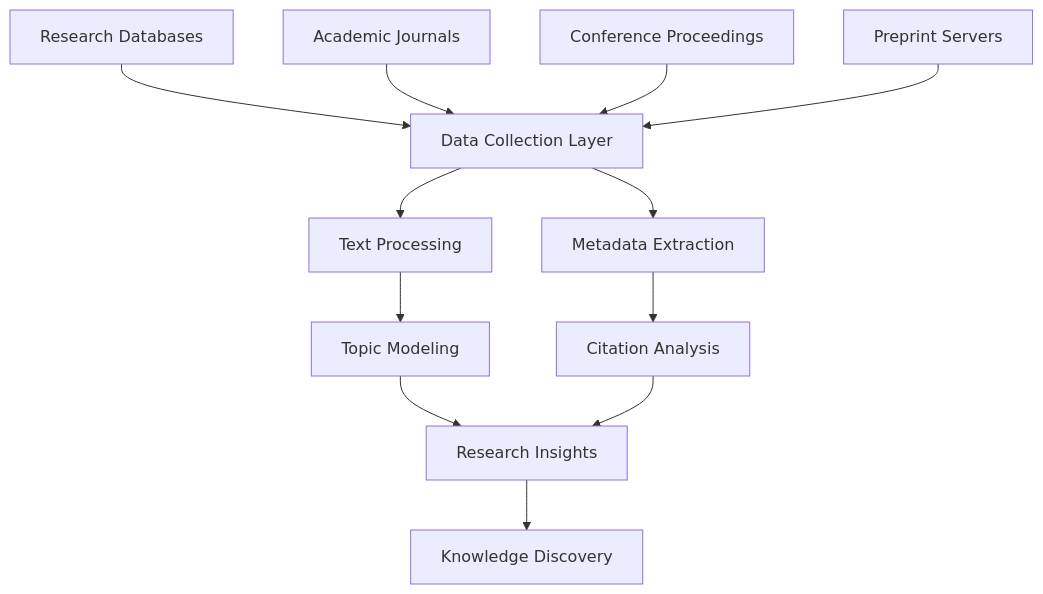
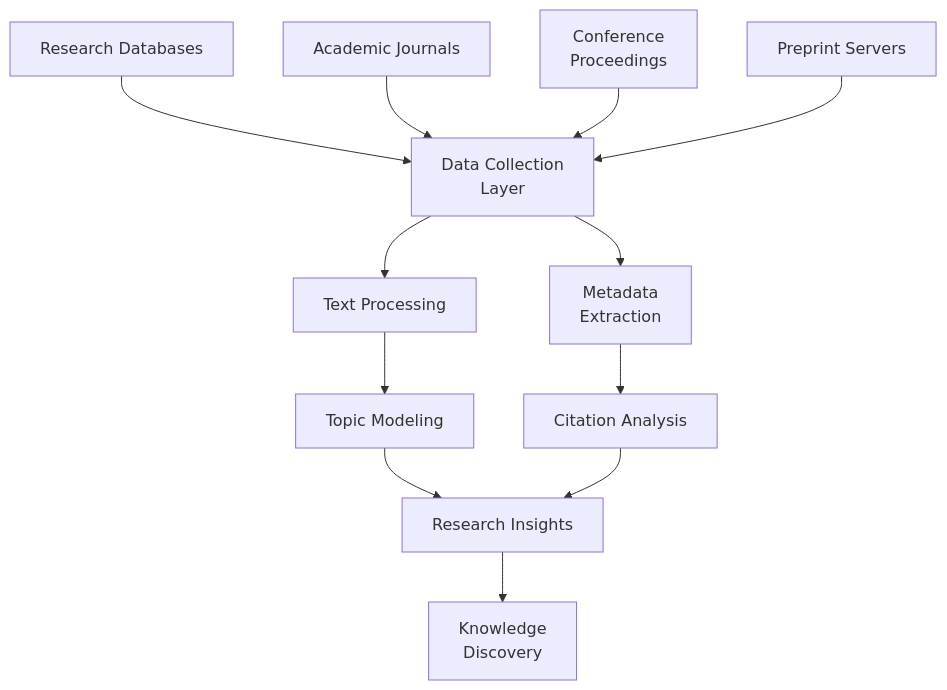
One commit to bytetunnels/bytetunnels.github.com changed the second of 2 diagrams in _posts/2025-05-16-real-world-uses-web-scraping-beyond-basics.md. Above: the diagram before and after it, drawn with Mermaid. The commit also changed 118 other files, not shown here.

Commit message:
feat: improve diagram styling and compact wide flowcharts

````diff
--- a/_posts/2025-05-16-real-world-uses-web-scraping-beyond-basics.md
+++ b/_posts/2025-05-16-real-world-uses-web-scraping-beyond-basics.md
@@ -188,23 +188,23 @@
 ```mermaid
 graph TD
     A[Research Databases]
     B[Academic Journals]
-    C[Conference Proceedings]
+    C["Conference<br/>Proceedings"]
     D[Preprint Servers]
-    E[Data Collection Layer]
+    E["Data Collection<br/>Layer"]
 
     A --> E
     B --> E
     C --> E
     D --> E
 
     E --> F[Text Processing]
-    E --> G[Metadata Extraction]
+    E --> G["Metadata<br/>Extraction"]
 
     F --> H[Topic Modeling]
     G --> I[Citation Analysis]
 
     H --> J[Research Insights]
     I --> J
-    J --> K[Knowledge Discovery]
+    J --> K["Knowledge<br/>Discovery"]
 ```
````
